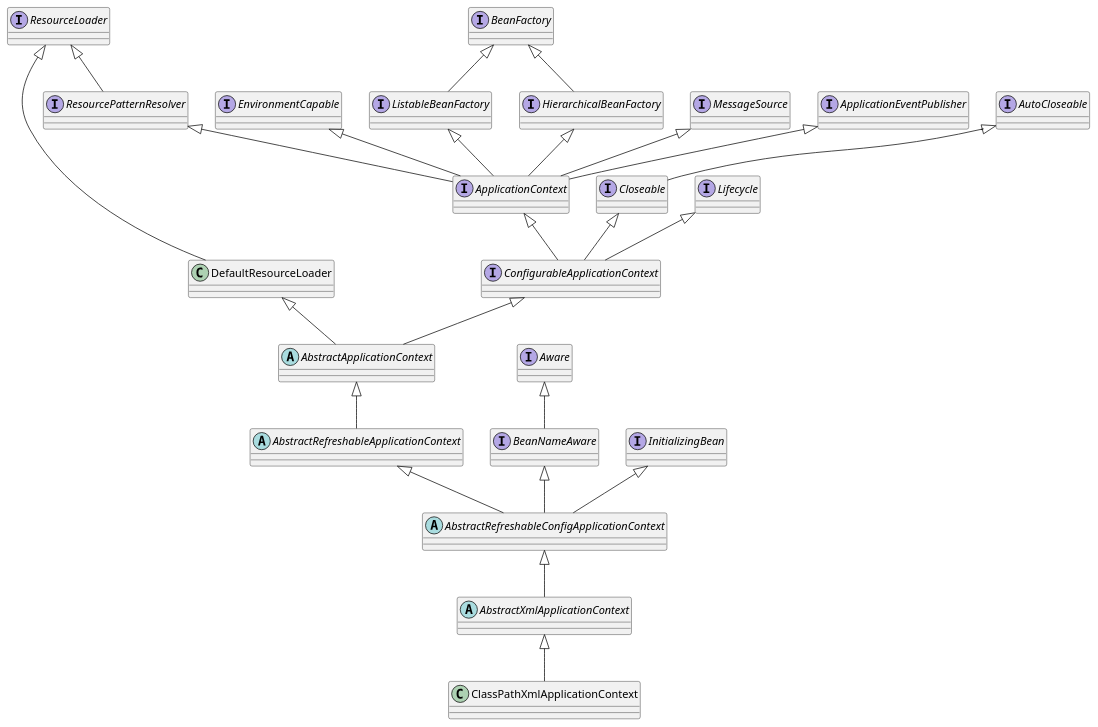
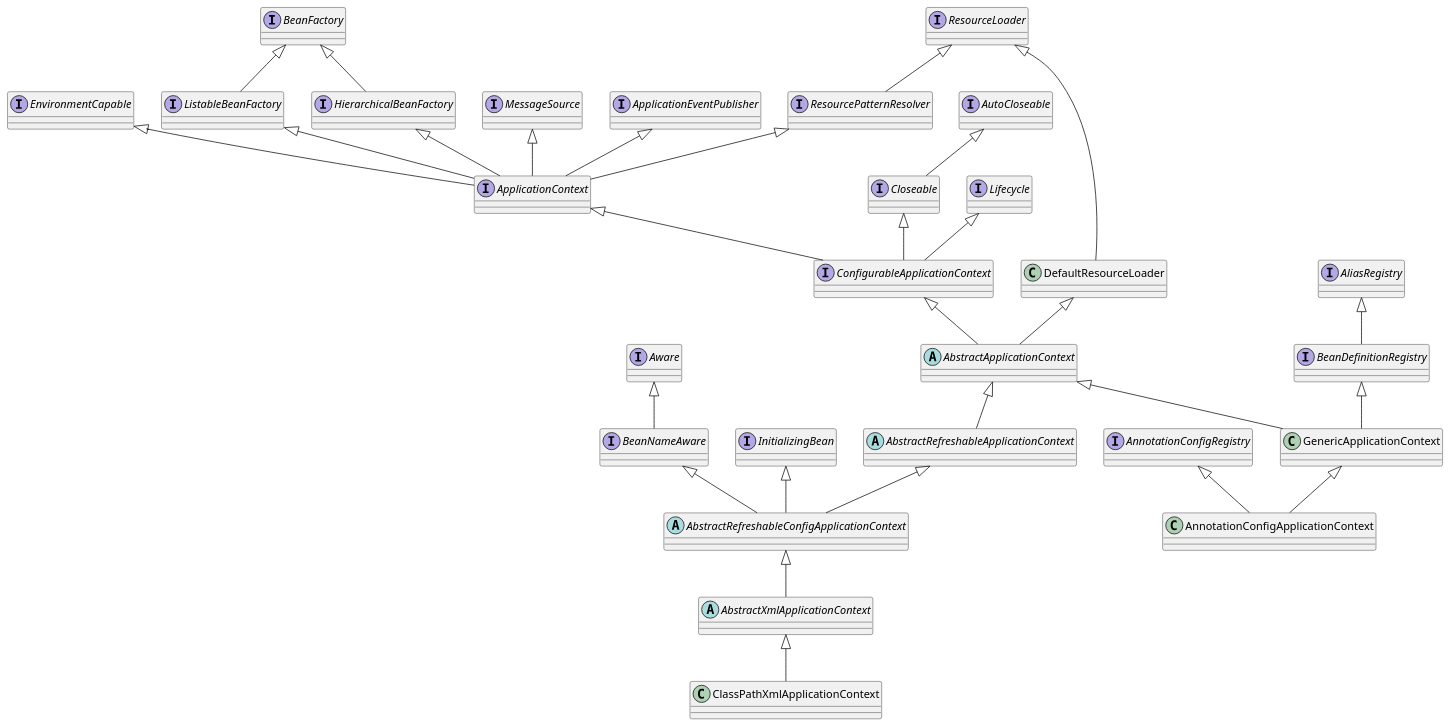
Before and after one commit to CodeEvangelist/spring: the diagram in spring-context/spring-context-class.puml, drawn with PlantUML. The commit also changed 2 other files, not shown here.

```diff
--- a/spring-context/spring-context-class.puml
+++ b/spring-context/spring-context-class.puml
@@ -1,63 +1,77 @@
 @startuml
 
 interface ResourceLoader
 
 interface AutoCloseable
 interface Closeable
 interface EnvironmentCapable
 interface BeanFactory
 interface ListableBeanFactory
 interface HierarchicalBeanFactory
 interface MessageSource
 interface ApplicationEventPublisher
 interface ResourcePatternResolver
 interface ApplicationContext
 
 
 
 AutoCloseable <|-- Closeable
 BeanFactory <|-- ListableBeanFactory
 BeanFactory <|-- HierarchicalBeanFactory
 ResourceLoader <|-- ResourcePatternResolver
 ListableBeanFactory <|-- ApplicationContext
 HierarchicalBeanFactory <|-- ApplicationContext
 ResourcePatternResolver <|-- ApplicationContext
 EnvironmentCapable <|-- ApplicationContext
 MessageSource <|-- ApplicationContext
 ApplicationEventPublisher <|-- ApplicationContext
 
 
 
 interface Lifecycle
 interface ConfigurableApplicationContext
 
 Lifecycle <|-- ConfigurableApplicationContext
 Closeable <|-- ConfigurableApplicationContext
 ApplicationContext <|-- ConfigurableApplicationContext
 
 abstract class AbstractApplicationContext
 class DefaultResourceLoader
 ResourceLoader <|-- DefaultResourceLoader
 ConfigurableApplicationContext <|-- AbstractApplicationContext
 DefaultResourceLoader <|-- AbstractApplicationContext
 
 abstract class AbstractRefreshableApplicationContext
 AbstractApplicationContext <|-- AbstractRefreshableApplicationContext
 
 interface Aware
 interface BeanNameAware
 Aware <|-- BeanNameAware
 
 interface InitializingBean
 abstract class AbstractRefreshableConfigApplicationContext
 InitializingBean <|-- AbstractRefreshableConfigApplicationContext
 BeanNameAware <|-- AbstractRefreshableConfigApplicationContext
 AbstractRefreshableApplicationContext <|-- AbstractRefreshableConfigApplicationContext
 
 abstract class AbstractXmlApplicationContext
 AbstractRefreshableConfigApplicationContext <|-- AbstractXmlApplicationContext
 
 class ClassPathXmlApplicationContext
 /'从xml-context初始spring-context体系'/
 AbstractXmlApplicationContext <|-- ClassPathXmlApplicationContext
+
+interface AliasRegistry
+interface BeanDefinitionRegistry
+AliasRegistry <|-- BeanDefinitionRegistry
+
+class GenericApplicationContext
+BeanDefinitionRegistry <|-- GenericApplicationContext
+AbstractApplicationContext <|-- GenericApplicationContext
+interface AnnotationConfigRegistry
+/'加入annotation-context和xml-context作比较来看出spring对于context体系的设计'/
+class AnnotationConfigApplicationContext
+GenericApplicationContext <|-- AnnotationConfigApplicationContext
+AnnotationConfigRegistry <|-- AnnotationConfigApplicationContext
+
 @enduml
```
